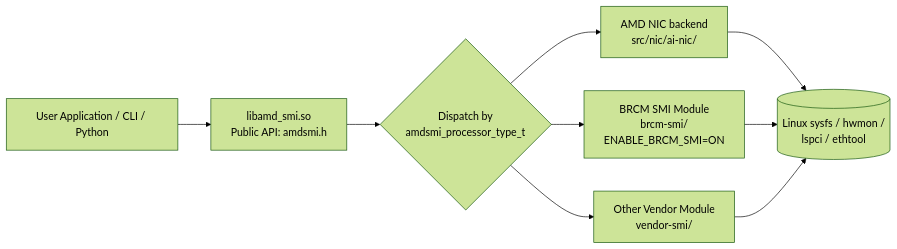
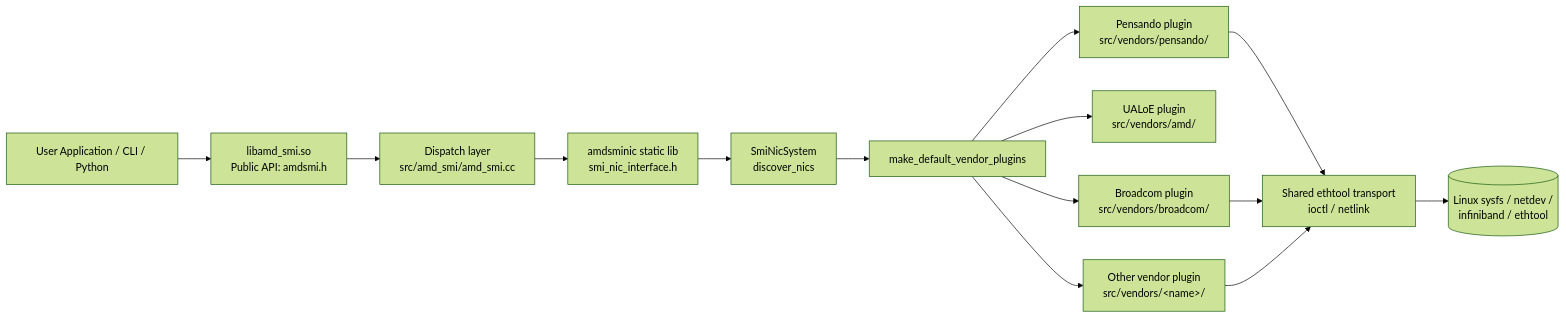
The second of 2 diagrams in projects/amdsmi/docs/how-to/amdsmi-nic-integration.md (ROCm/rocm-systems), drawn with Mermaid (forest theme) before and after one commit. The commit also changed other lines of this file and 199 other files, not shown here.

First line of the commit message:
feat(amdsmi): replace the lspci NIC stack, add NIC statistics, logging and type (#12724)

````diff
--- a/projects/amdsmi/docs/how-to/amdsmi-nic-integration.md
+++ b/projects/amdsmi/docs/how-to/amdsmi-nic-integration.md
@@ -967,11 +259,16 @@
 ```mermaid
 flowchart LR
     App[User Application / CLI / Python] --> AmdSmi[libamd_smi.so<br/>Public API: amdsmi.h]
-    AmdSmi --> Dispatch{Dispatch by<br/>amdsmi_processor_type_t}
-    Dispatch --> AmdNic[AMD NIC backend<br/>src/nic/ai-nic/]
-    Dispatch --> Brcm[BRCM SMI Module<br/>brcm-smi/<br/>ENABLE_BRCM_SMI=ON]
-    Dispatch --> VendorX[Other Vendor Module<br/>vendor-smi/]
-    AmdNic --> Sysfs[(Linux sysfs / hwmon /<br/>lspci / ethtool)]
-    Brcm --> Sysfs
-    VendorX --> Sysfs
+    AmdSmi --> Dispatch[Dispatch layer<br/>src/amd_smi/amd_smi.cc]
+    Dispatch --> NicLib[amdsminic static lib<br/>smi_nic_interface.h]
+    NicLib --> System[SmiNicSystem<br/>discover_nics]
+    System --> Registry[make_default_vendor_plugins]
+    Registry --> Pensando[Pensando plugin<br/>src/vendors/pensando/]
+    Registry --> UALoE[UALoE plugin<br/>src/vendors/amd/]
+    Registry --> Broadcom[Broadcom plugin<br/>src/vendors/broadcom/]
+    Registry --> VendorX[Other vendor plugin<br/>src/vendors/&lt;name&gt;/]
+    Pensando --> Transport[Shared ethtool transport<br/>ioctl / netlink]
+    Broadcom --> Transport
+    VendorX --> Transport
+    Transport --> Sysfs[(Linux sysfs / netdev /<br/>infiniband / ethtool)]
 ```
````
